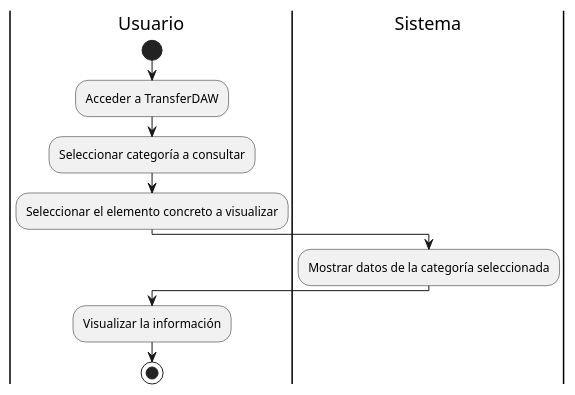
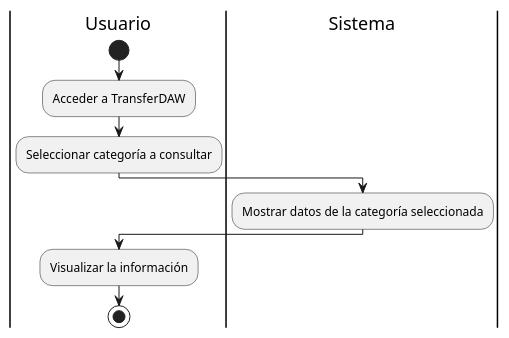
Before and after one commit to IR-Play88/TransferDAW: the second of 5 diagrams in trasnferdaw/design/diagramas/diagrama_de_actividad/diagrama_actividad.pu, drawn with PlantUML. The commit also changed other lines of this file and 180 other files, not shown here.

```diff
--- a/trasnferdaw/design/diagramas/diagrama_de_actividad/diagrama_actividad.pu
+++ b/trasnferdaw/design/diagramas/diagrama_de_actividad/diagrama_actividad.pu
@@ -18,16 +24,15 @@
 @startuml Ver datos
 |Usuario|
 start
 
 :Acceder a TransferDAW;
 :Seleccionar categoría a consultar;
-:Seleccionar el elemento concreto a visualizar;
 
 |Sistema|
 :Mostrar datos de la categoría seleccionada;
 
 |Usuario|
 :Visualizar la información;
 
 stop
 @enduml
```
